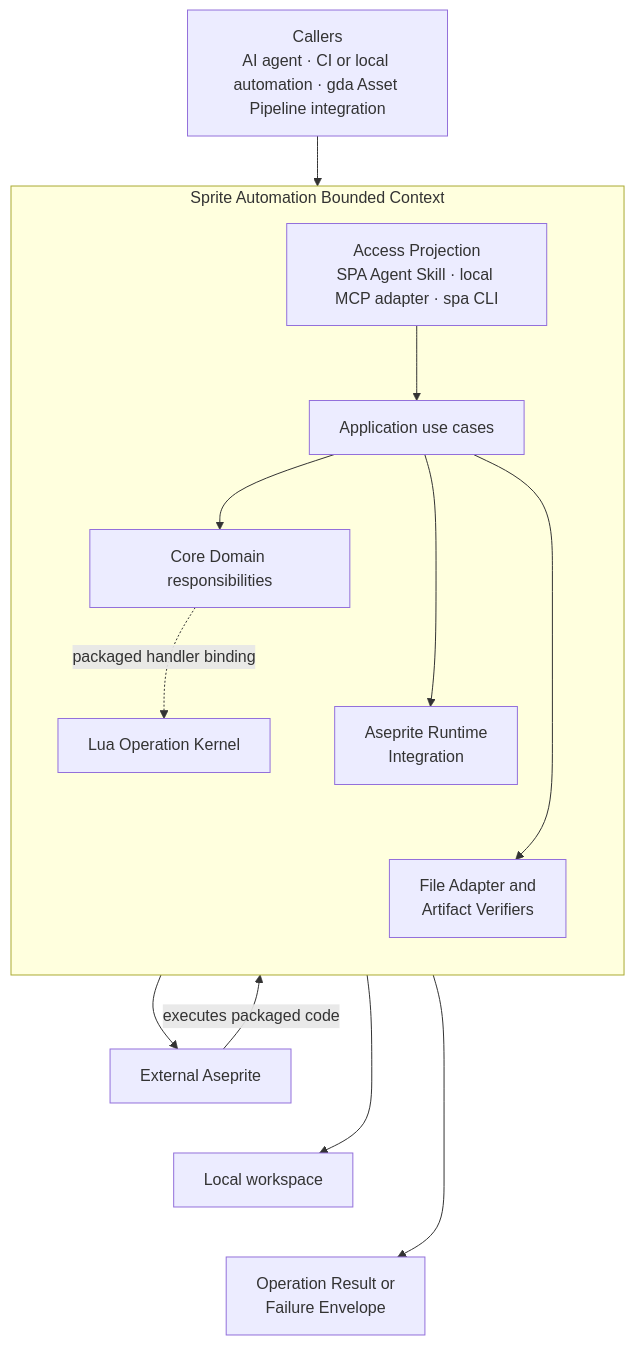
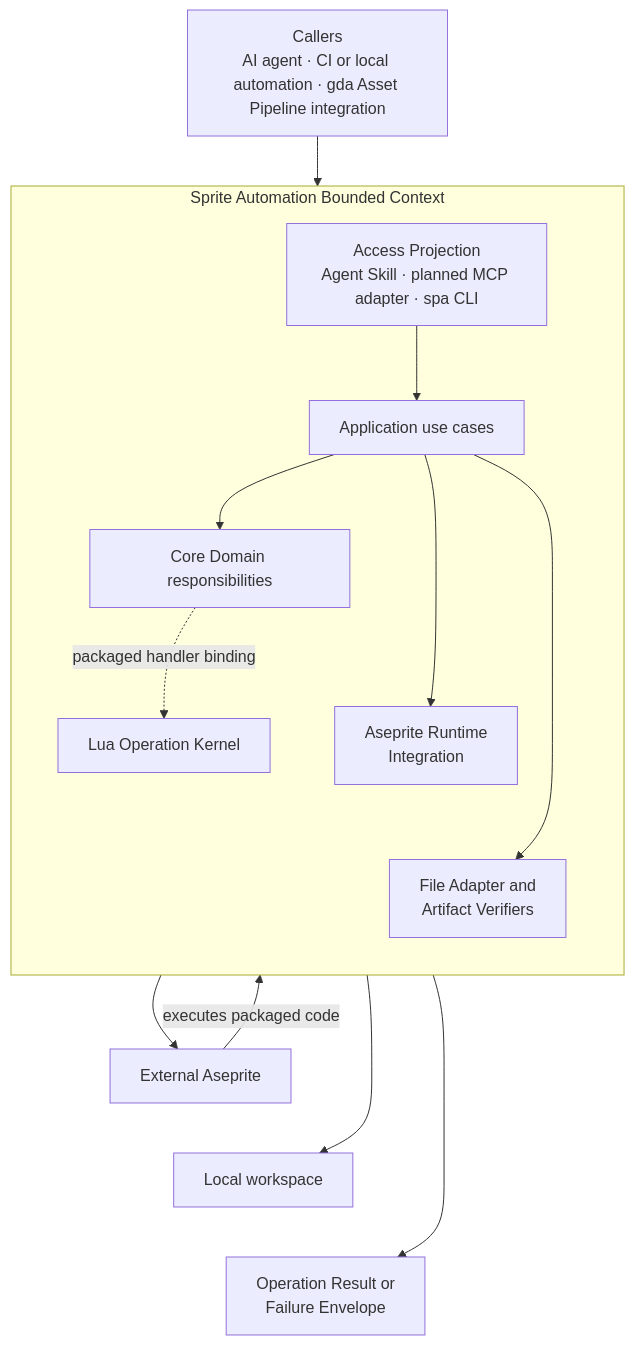
The first of 7 diagrams in ARCHITECTURE.md (aigengame/aseprite-automation), drawn with Mermaid before and after one commit. The commit also changed other lines of this file and 10 other files, not shown here.

````diff
--- a/ARCHITECTURE.md
+++ b/ARCHITECTURE.md
@@ -30,28 +34,28 @@
 ```mermaid
 flowchart TB
     Callers["Callers<br/>AI agent · CI or local automation · gda Asset Pipeline integration"]
 
     subgraph SPA[Sprite Automation Bounded Context]
         direction TB
-        Access["Access Projection<br/>SPA Agent Skill · local MCP adapter · spa CLI"]
+        Access["Access Projection<br/>Agent Skill · planned MCP adapter · spa CLI"]
         Access --> App[Application use cases]
         App --> Core[Core Domain responsibilities]
         App --> Runtime["Aseprite Runtime<br/>Integration"]
         App --> Files["File Adapter and<br/>Artifact Verifiers"]
         Core -. packaged handler binding .-> Kernel[Lua Operation Kernel]
 
         %% Invisible links stack peer nodes vertically without adding runtime semantics.
         Core ~~~ Runtime
         Runtime ~~~ Files
     end
 
     Callers --> Access
     Runtime --> Aseprite[External Aseprite]
     Aseprite -->|executes packaged code| Kernel
     Files --> Workspace[Local workspace]
     App --> Outcome["Operation Result or<br/>Failure Envelope"]
 
     %% Stack external peers so the overview stays narrow on GitHub.
     Aseprite ~~~ Workspace
     Workspace ~~~ Outcome
 ```
````
